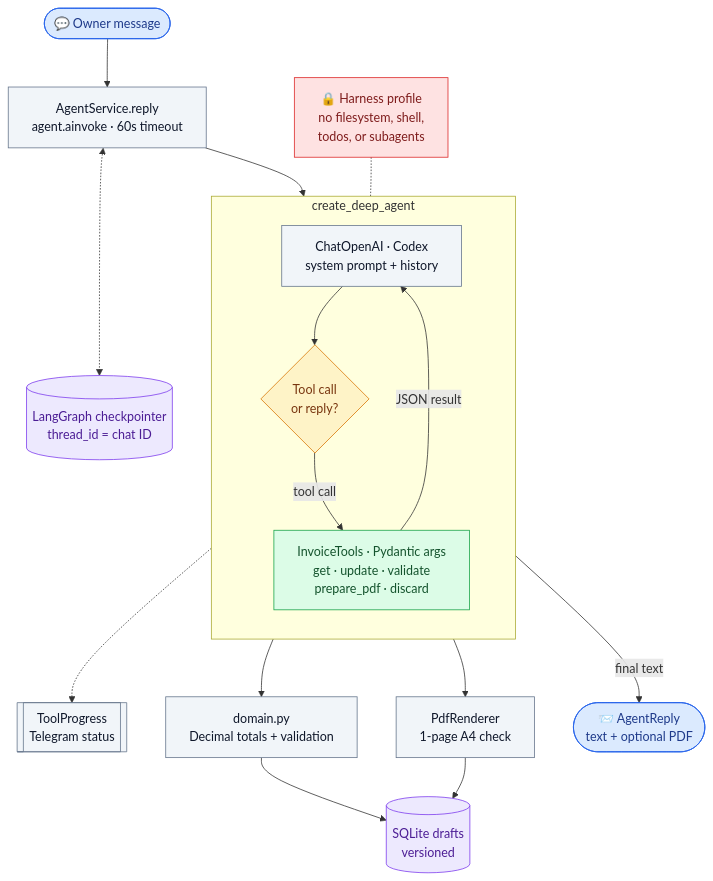
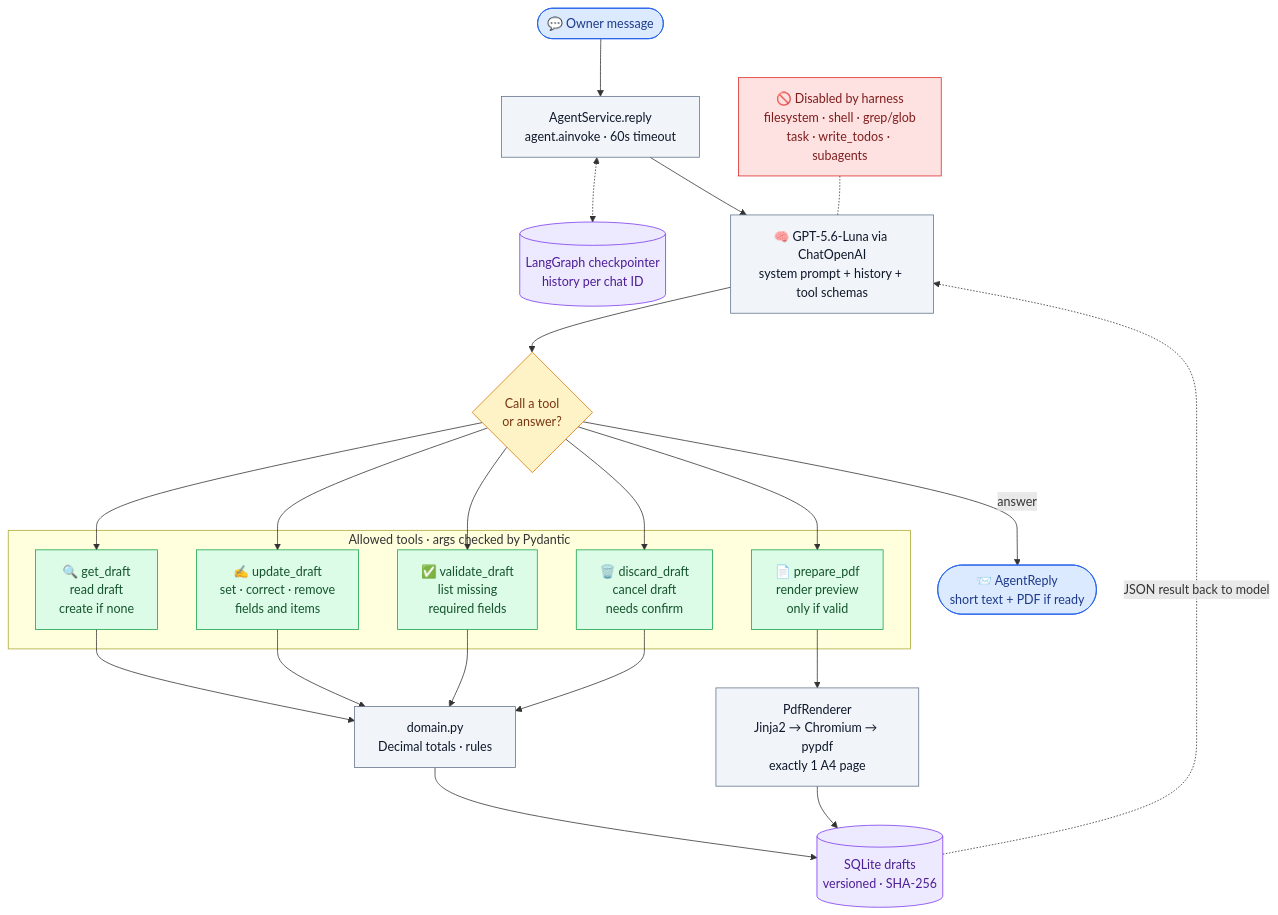
Before and after one commit to Zayuki/invoice-AI-Agent: the second of 2 diagrams in README.md, drawn with Mermaid. The commit also changed other lines of this file, not shown here.

````diff
--- a/README.md
+++ b/README.md
@@ -3,45 +94,47 @@
 ```mermaid
 flowchart TB
     msg([💬 Owner message])
-    invoke[AgentService.reply<br/>agent.ainvoke · 60s timeout]
-    ckpt[(LangGraph checkpointer<br/>thread_id = chat ID)]
+    svc[AgentService.reply<br/>agent.ainvoke · 60s timeout]
+    ckpt[(LangGraph checkpointer<br/>history per chat ID)]
+    llm["🧠 GPT-5.6-Luna via ChatOpenAI<br/>system prompt + history + tool schemas"]
+    decide{Call a tool<br/>or answer?}
+    blocked["🚫 Disabled by harness<br/>filesystem · shell · grep/glob<br/>task · write_todos · subagents"]
 
-    subgraph DA["create_deep_agent"]
-        direction TB
-        llm[ChatOpenAI · Codex<br/>system prompt + history]
-        decide{Tool call<br/>or reply?}
-        tools[InvoiceTools · Pydantic args<br/>get · update · validate<br/>prepare_pdf · discard]
-        llm --> decide
-        decide -- tool call --> tools
-        tools -- JSON result --> llm
+    subgraph TOOLS["Allowed tools · args checked by Pydantic"]
+        t1["🔍 get_draft<br/>read draft<br/>create if none"]
+        t2["✍️ update_draft<br/>set · correct · remove<br/>fields and items"]
+        t3["✅ validate_draft<br/>list missing<br/>required fields"]
+        t4["📄 prepare_pdf<br/>render preview<br/>only if valid"]
+        t5["🗑️ discard_draft<br/>cancel draft<br/>needs confirm"]
     end
 
-    guard[🔒 Harness profile<br/>no filesystem, shell,<br/>todos, or subagents]
-    progress[[ToolProgress<br/>Telegram status]]
-    domain[domain.py<br/>Decimal totals + validation]
-    store[(SQLite drafts<br/>versioned)]
-    render[PdfRenderer<br/>1-page A4 check]
-    reply([📨 AgentReply<br/>text + optional PDF])
+    domain["domain.py<br/>Decimal totals · rules"]
+    render["PdfRenderer<br/>Jinja2 → Chromium → pypdf<br/>exactly 1 A4 page"]
+    store[(SQLite drafts<br/>versioned · SHA-256)]
+    reply([📨 AgentReply<br/>short text + PDF if ready])
 
-    msg --> invoke --> llm
-    invoke <-.-> ckpt
-    guard -.- DA
-    tools -.-> progress
-    tools --> domain --> store
-    tools --> render --> store
-    decide -- final text --> reply
+    msg --> svc --> llm --> decide
+    svc <-.-> ckpt
+    blocked -.- llm
+    decide --> t1 & t2 & t3 & t4 & t5
+    t1 & t2 & t3 & t5 --> domain
+    t4 --> render
+    domain --> store
+    render --> store
+    store -. JSON result back to model .-> llm
+    decide -- answer --> reply
 
     classDef io fill:#dbeafe,stroke:#2563eb,color:#1e3a8a
     classDef step fill:#f1f5f9,stroke:#64748b,color:#0f172a
     classDef decideC fill:#fef3c7,stroke:#d97706,color:#78350f
     classDef storeC fill:#ede9fe,stroke:#7c3aed,color:#4c1d95
     classDef bad fill:#fee2e2,stroke:#dc2626,color:#7f1d1d
     classDef tool fill:#dcfce7,stroke:#16a34a,color:#14532d
 
     class msg,reply io
-    class invoke,llm,domain,render,progress step
+    class svc,llm,domain,render step
     class decide decideC
     class ckpt,store storeC
-    class guard bad
-    class tools tool
+    class blocked bad
+    class t1,t2,t3,t4,t5 tool
 ```
````
